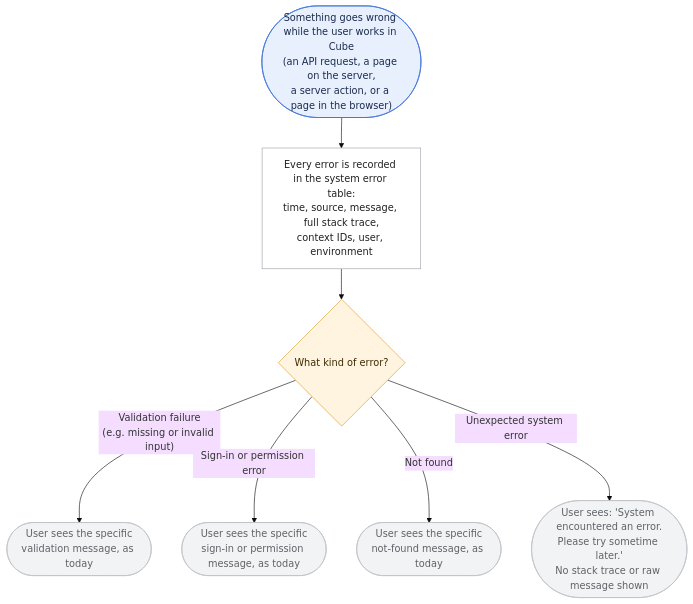
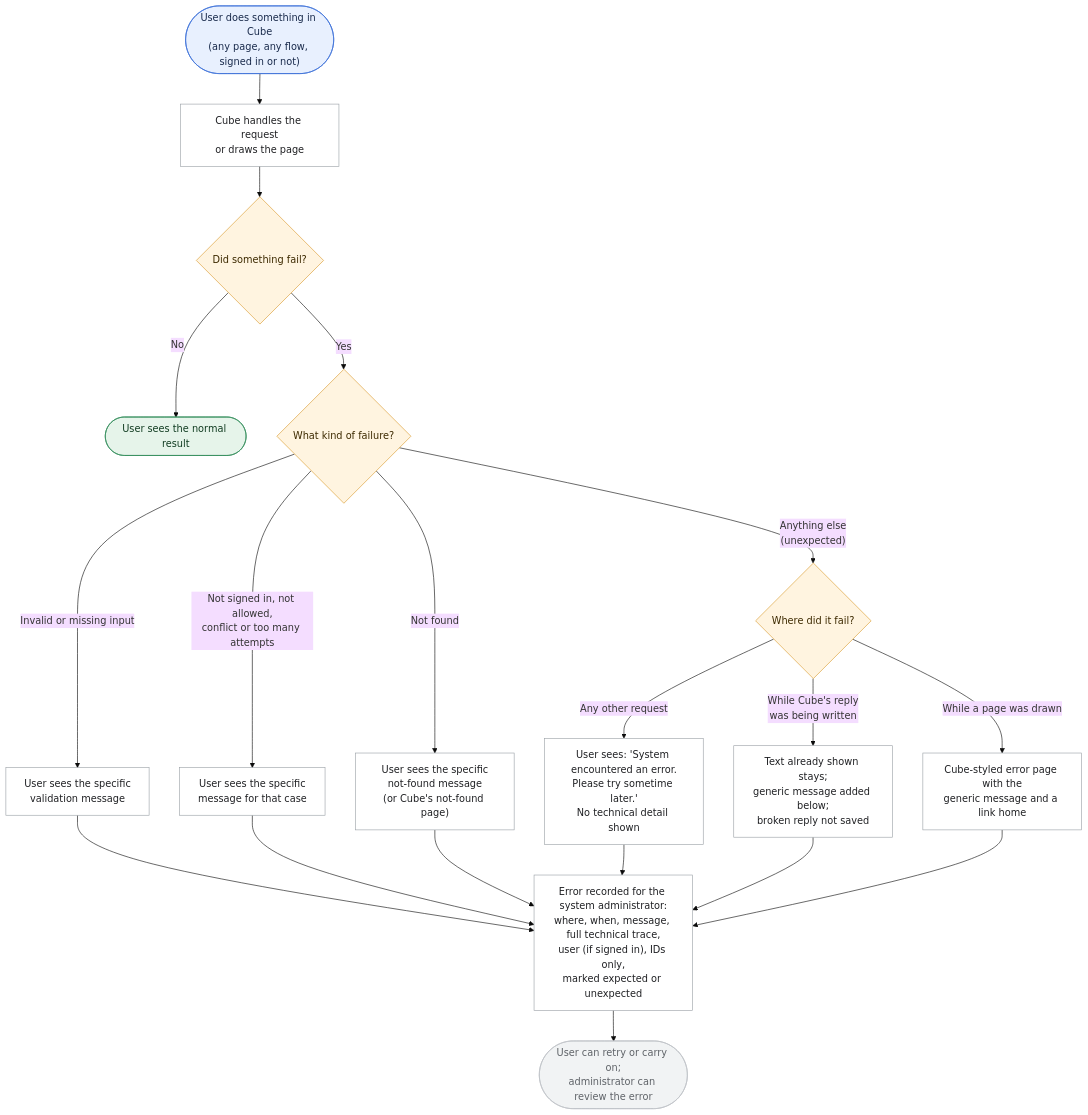
The first of 4 diagrams in docs/features/monitoring-logging-cleanup/requirement_monitoring_logging_cleanup.md (SwanandAI/diffusion-cube), drawn with Mermaid (base theme) before and after one commit. The commit also changed other lines of this file and 108 other files, not shown here.

````diff
--- a/docs/features/monitoring-logging-cleanup/requirement_monitoring_logging_cleanup.md
+++ b/docs/features/monitoring-logging-cleanup/requirement_monitoring_logging_cleanup.md
@@ -158,20 +163,33 @@
 ```mermaid
 flowchart TD
-    S(["Something goes wrong while the user works in Cube<br/>(an API request, a page on the server,<br/>a server action, or a page in the browser)"]) --> G["Every error is recorded in the system error table:<br/>time, source, message, full stack trace,<br/>context IDs, user, environment"]
-    G --> T{"What kind of error?"}
-    T -->|"Validation failure<br/>(e.g. missing or invalid input)"| V(["User sees the specific<br/>validation message, as today"])
-    T -->|"Sign-in or permission error"| A(["User sees the specific<br/>sign-in or permission message, as today"])
-    T -->|"Not found"| N(["User sees the specific<br/>not-found message, as today"])
-    T -->|"Unexpected system error"| M(["User sees: 'System encountered an error.<br/>Please try sometime later.'<br/>No stack trace or raw message shown"])
+    S(["User does something in Cube<br/>(any page, any flow, signed in or not)"]) --> R["Cube handles the request<br/>or draws the page"]
+    R --> F{"Did something fail?"}
+    F -->|"No"| OK(["User sees the normal result"])
+    F -->|"Yes"| K{"What kind of failure?"}
+    K -->|"Invalid or missing input"| V["User sees the specific<br/>validation message"]
+    K -->|"Not signed in, not allowed,<br/>conflict or too many attempts"| A["User sees the specific<br/>message for that case"]
+    K -->|"Not found"| N["User sees the specific<br/>not-found message<br/>(or Cube's not-found page)"]
+    K -->|"Anything else<br/>(unexpected)"| W{"Where did it fail?"}
+    W -->|"While Cube's reply<br/>was being written"| PR["Text already shown stays;<br/>generic message added below;<br/>broken reply not saved"]
+    W -->|"While a page was drawn"| EP["Cube-styled error page with the<br/>generic message and a link home"]
+    W -->|"Any other request"| G["User sees: 'System encountered an error.<br/>Please try sometime later.'<br/>No technical detail shown"]
+    V --> L["Error recorded for the system administrator:<br/>where, when, message, full technical trace,<br/>user (if signed in), IDs only,<br/>marked expected or unexpected"]
+    A --> L
+    N --> L
+    G --> L
+    PR --> L
+    EP --> L
+    L --> E(["User can retry or carry on;<br/>administrator can review the error"])
 
     classDef start fill:#E8F0FE,stroke:#3B6FD8,color:#1A2B4C
     classDef decision fill:#FFF4E0,stroke:#D99A2B,color:#3D2A00
     classDef step fill:#FFFFFF,stroke:#9AA0A6,color:#202124
     classDef done fill:#E6F4EA,stroke:#2E8B57,color:#123D22
     classDef stop fill:#F1F3F4,stroke:#BDC1C6,color:#5F6368
 
     class S start
-    class T decision
-    class G step
-    class V,A,N,M stop
+    class F,K,W decision
+    class R,V,A,N,G,PR,EP,L step
+    class OK done
+    class E stop
 ```
````
